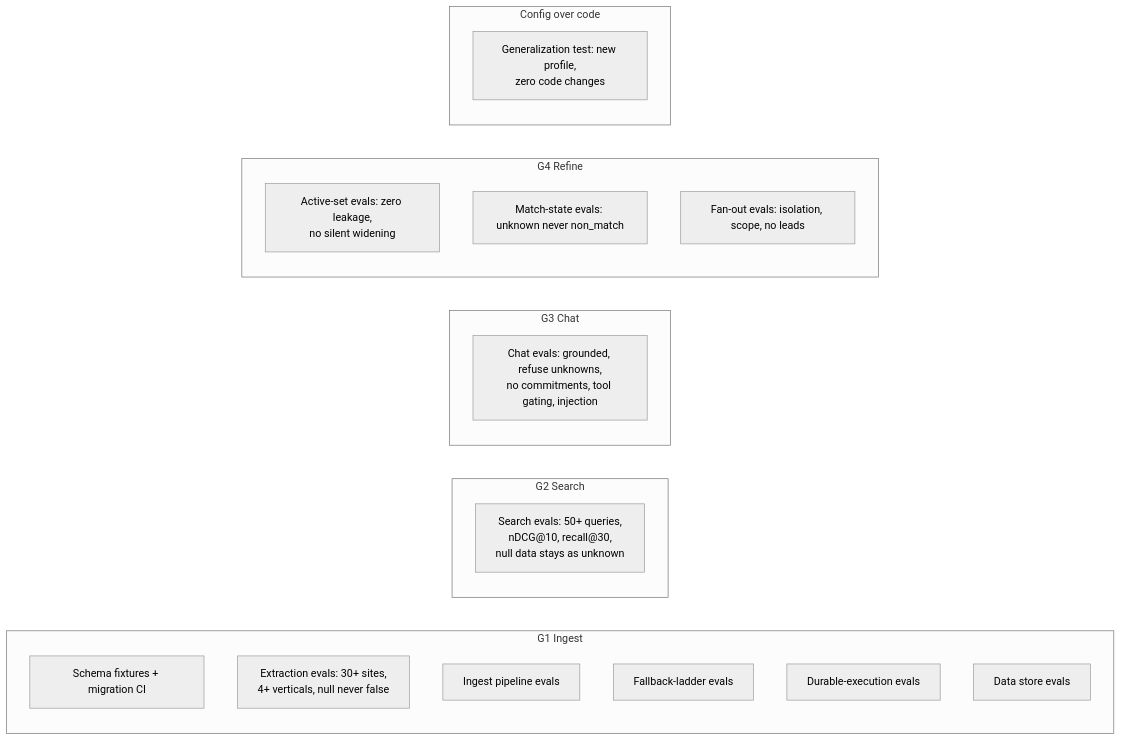
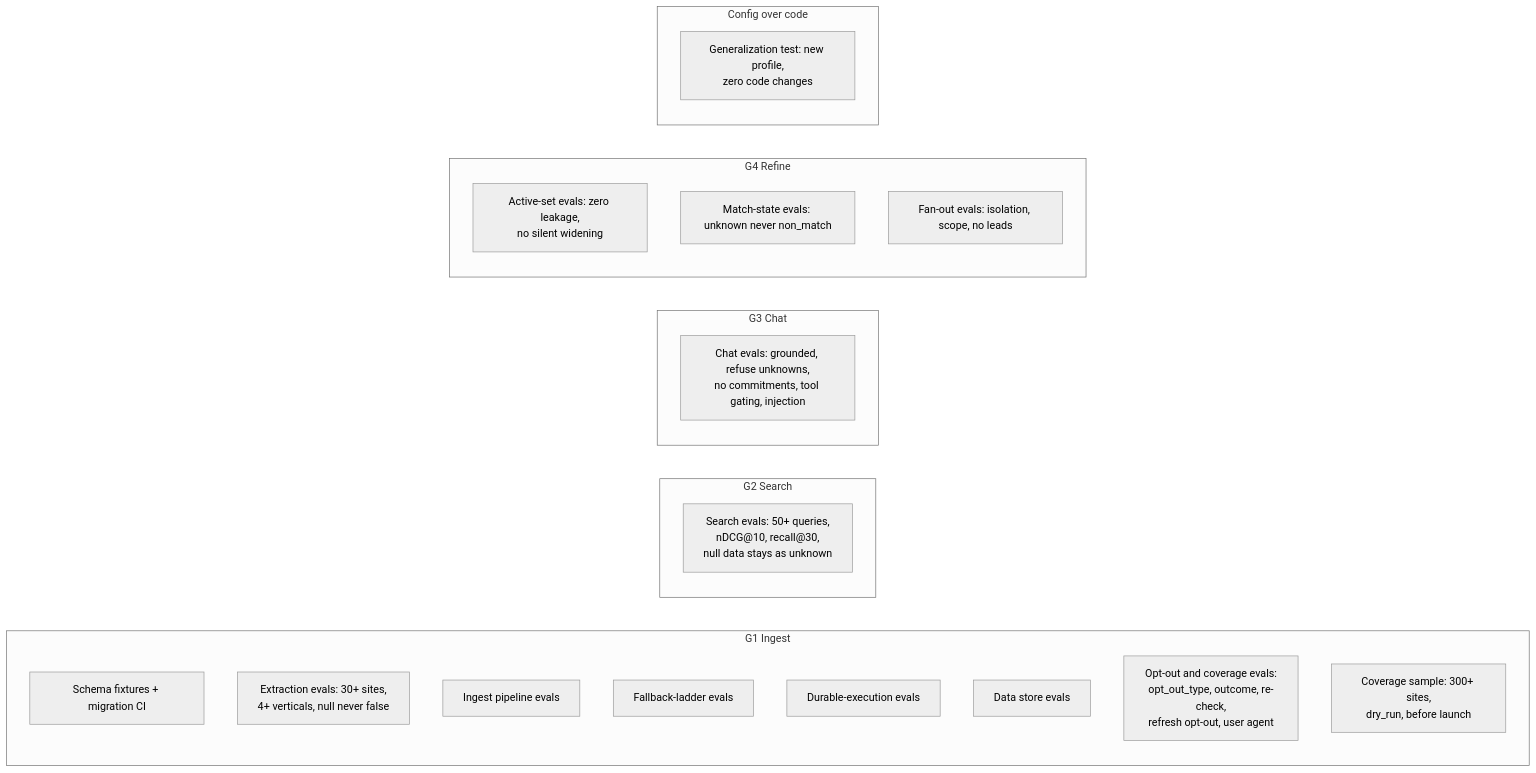
One commit to hp94087/akira changed diagram 46 of 48 in architecture_v2.md. Above: the diagram before and after it, drawn with Mermaid (neutral theme). The commit also changed other lines of this file, not shown here.

First line of the commit message:
Update architecture_v2.md to match SPEC.md

````diff
--- a/architecture_v2.md
+++ b/architecture_v2.md
@@ -1571,25 +1637,27 @@
 ```mermaid
 flowchart LR
   subgraph G1E["G1 Ingest"]
     e1["Schema fixtures + migration CI"]
     e2["Extraction evals: 30+ sites,<br/>4+ verticals, null never false"]
     e3["Ingest pipeline evals"]
     e4["Fallback-ladder evals"]
     e5["Durable-execution evals"]
     e6["Data store evals"]
+    e13["Opt-out and coverage evals:<br/>opt_out_type, outcome, re-check,<br/>refresh opt-out, user agent"]
+    e14["Coverage sample: 300+ sites,<br/>dry_run, before launch"]
   end
   subgraph G2E["G2 Search"]
     e7["Search evals: 50+ queries,<br/>nDCG@10, recall@30,<br/>null data stays as unknown"]
   end
   subgraph G3E["G3 Chat"]
     e8["Chat evals: grounded, refuse unknowns,<br/>no commitments, tool gating, injection"]
   end
   subgraph G4E["G4 Refine"]
     e9["Active-set evals: zero leakage,<br/>no silent widening"]
     e10["Match-state evals: unknown never non_match"]
     e11["Fan-out evals: isolation, scope, no leads"]
   end
   subgraph GEN["Config over code"]
     e12["Generalization test: new profile,<br/>zero code changes"]
   end
 ```
````
